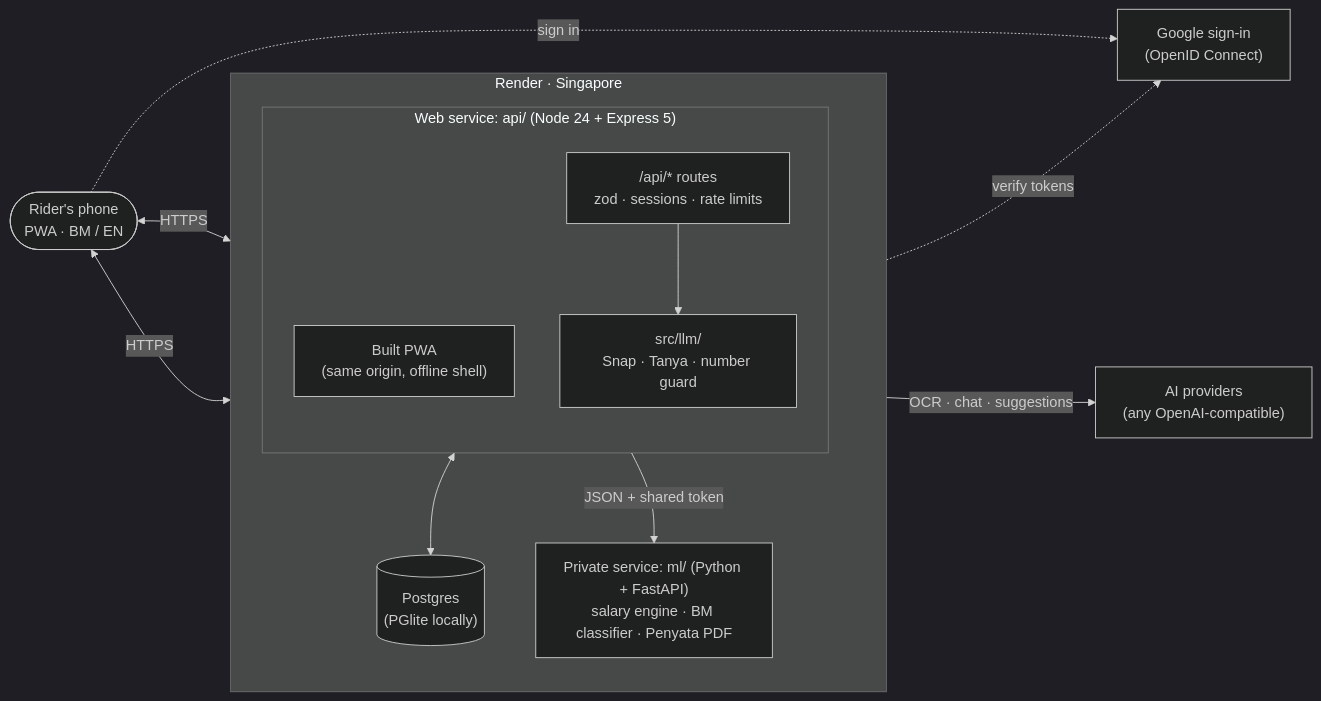
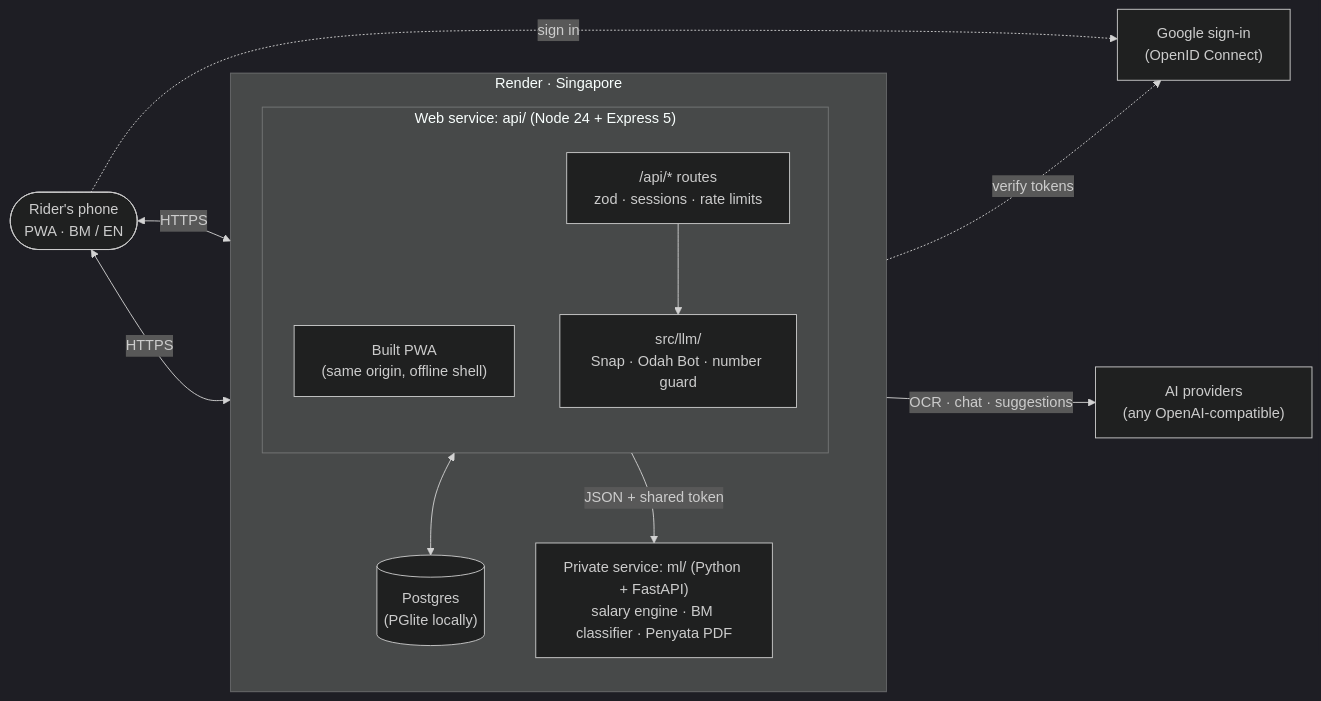
Before and after one commit to No0bmazt3r/Coinvoy: the first of 3 diagrams in README.md, drawn with Mermaid (dark theme). The commit also changed other lines of this file and 5 other files, not shown here.

Commit message:
refactor: rename Tanya to Odah Bot in documentation and code

````diff
--- a/README.md
+++ b/README.md
@@ -255,28 +255,28 @@
 ```mermaid
 flowchart LR
   rider(["Rider's phone<br/>PWA · BM / EN"])
 
   subgraph render["Render · Singapore"]
     direction TB
     subgraph web["Web service: api/ (Node 24 + Express 5)"]
       direction TB
       pwa["Built PWA<br/>(same origin, offline shell)"]
       routes["/api/* routes<br/>zod · sessions · rate limits"]
-      llm["src/llm/<br/>Snap · Tanya · number guard"]
+      llm["src/llm/<br/>Snap · Odah Bot · number guard"]
     end
     ml["Private service: ml/ (Python + FastAPI)<br/>salary engine · BM classifier · Penyata PDF"]
     db[("Postgres<br/>(PGlite locally)")]
   end
 
   google["Google sign-in<br/>(OpenID Connect)"]
   ai["AI providers<br/>(any OpenAI-compatible)"]
 
   rider <-->|HTTPS| pwa
   rider <-->|HTTPS| routes
   routes <--> db
   routes -->|JSON + shared token| ml
   routes --> llm
   llm -->|OCR · chat · suggestions| ai
   rider -.->|sign in| google
   routes -.->|verify tokens| google
 ```
````
